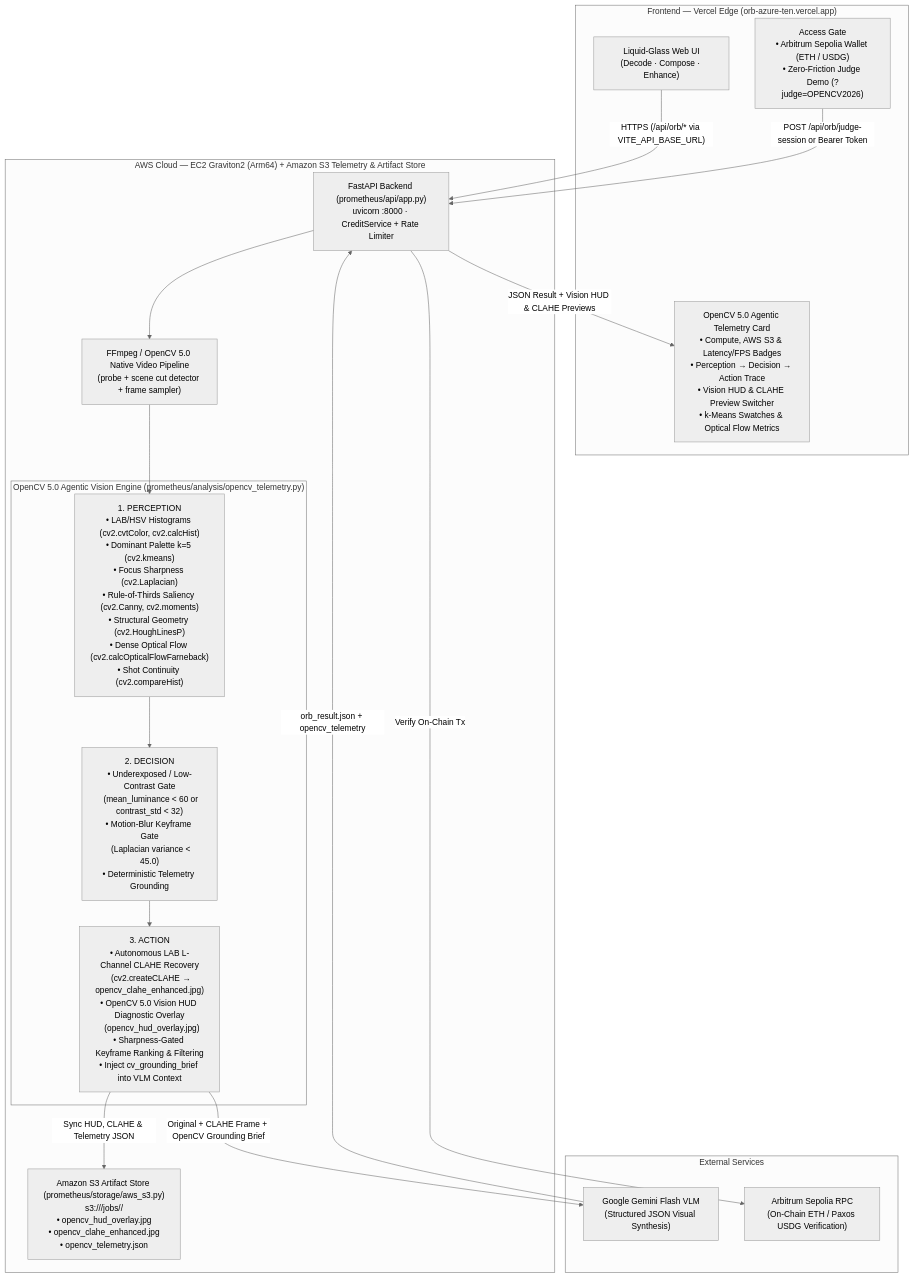
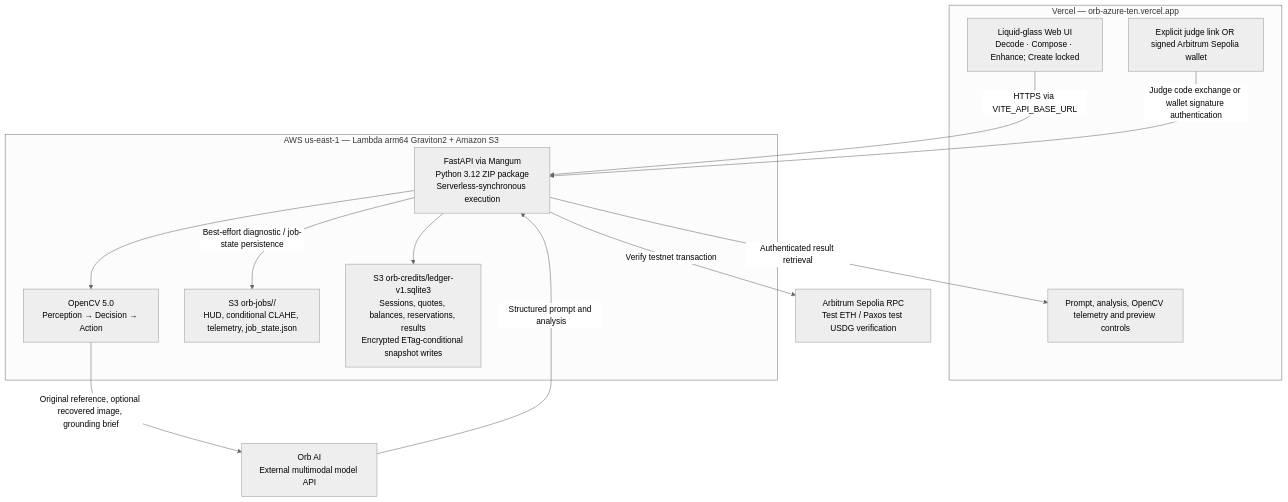
The diagram in SUBMISSION_GUIDE.md (aveidt96/Orb), drawn with Mermaid (neutral theme) before and after one commit. The commit also changed other lines of this file and 37 other files, not shown here.

````diff
--- a/SUBMISSION_GUIDE.md
+++ b/SUBMISSION_GUIDE.md
@@ -11,35 +20,25 @@
 ```mermaid
 flowchart TB
-    subgraph Client["Frontend — Vercel Edge (orb-azure-ten.vercel.app)"]
-        UI["Liquid-Glass Web UI\n(Decode · Compose · Enhance)"]
-        GateUI["Access Gate\n• Arbitrum Sepolia Wallet (ETH / USDG)\n• Zero-Friction Judge Demo (?judge=OPENCV2026)"]
-        TelemetryUI["OpenCV 5.0 Agentic Telemetry Card\n• Compute, AWS S3 & Latency/FPS Badges\n• Perception → Decision → Action Trace\n• Vision HUD & CLAHE Preview Switcher\n• k-Means Swatches & Optical Flow Metrics"]
+    subgraph Client["Vercel — orb-azure-ten.vercel.app"]
+        UI["Liquid-glass Web UI\nDecode · Compose · Enhance; Create locked"]
+        Gate["Explicit judge link OR signed Arbitrum Sepolia wallet"]
+        Results["Prompt, analysis, OpenCV telemetry and preview controls"]
     end
-
-    subgraph AWS["AWS Cloud — EC2 Graviton2 (Arm64) + Amazon S3 Telemetry & Artifact Store"]
-        API["FastAPI Backend (prometheus/api/app.py)\nuvicorn :8000 · CreditService + Rate Limiter"]
-        FFmpeg["FFmpeg / OpenCV 5.0 Native Video Pipeline\n(probe + scene cut detector + frame sampler)"]
-        S3["Amazon S3 Artifact Store (prometheus/storage/aws_s3.py)\ns3://<ORB_AWS_S3_BUCKET>/jobs/<job_id>/\n• opencv_hud_overlay.jpg\n• opencv_clahe_enhanced.jpg\n• opencv_telemetry.json"]
-
-        subgraph AgenticCV["OpenCV 5.0 Agentic Vision Engine (prometheus/analysis/opencv_telemetry.py)"]
-            Perceive["1. PERCEPTION\n• LAB/HSV Histograms (cv2.cvtColor, cv2.calcHist)\n• Dominant Palette k=5 (cv2.kmeans)\n• Focus Sharpness (cv2.Laplacian)\n• Rule-of-Thirds Saliency (cv2.Canny, cv2.moments)\n• Structural Geometry (cv2.HoughLinesP)\n• Dense Optical Flow (cv2.calcOpticalFlowFarneback)\n• Shot Continuity (cv2.compareHist)"]
-            Decide["2. DECISION\n• Underexposed / Low-Contrast Gate\n  (mean_luminance < 60 or contrast_std < 32)\n• Motion-Blur Keyframe Gate\n  (Laplacian variance < 45.0)\n• Deterministic Telemetry Grounding"]
-            Act["3. ACTION\n• Autonomous LAB L-Channel CLAHE Recovery\n  (cv2.createCLAHE → opencv_clahe_enhanced.jpg)\n• OpenCV 5.0 Vision HUD Diagnostic Overlay\n  (opencv_hud_overlay.jpg)\n• Sharpness-Gated Keyframe Ranking & Filtering\n• Inject cv_grounding_brief into VLM Context"]
-            Perceive --> Decide --> Act
-        end
+    subgraph AWS["AWS us-east-1 — Lambda arm64 Graviton2 + Amazon S3"]
+        API["FastAPI via Mangum\nPython 3.12 ZIP package\nServerless-synchronous execution"]
+        CV["OpenCV 5.0\nPerception → Decision → Action"]
+        Artifacts["S3 orb-jobs/<job_id>/\nHUD, conditional CLAHE, telemetry, job_state.json"]
+        Ledger["S3 orb-credits/ledger-v1.sqlite3\nSessions, quotes, balances, reservations, results\nEncrypted ETag-conditional snapshot writes"]
     end
-
-    subgraph External["External Services"]
-        Gemini["Google Gemini Flash VLM\n(Structured JSON Visual Synthesis)"]
-        Arb["Arbitrum Sepolia RPC\n(On-Chain ETH / Paxos USDG Verification)"]
-    end
-
-    UI -->|"HTTPS (/api/orb/* via VITE_API_BASE_URL)"| API
-    GateUI -->|"POST /api/orb/judge-session or Bearer Token"| API
-    API -->|"Verify On-Chain Tx"| Arb
-    API --> FFmpeg --> Perceive
-    Act -->|"Sync HUD, CLAHE & Telemetry JSON"| S3
-    Act -->|"Original + CLAHE Frame + OpenCV Grounding Brief"| Gemini
-    Gemini -->|"orb_result.json + opencv_telemetry"| API
-    API -->|"JSON Result + Vision HUD & CLAHE Previews"| TelemetryUI
+    Synthesis["Orb AI\nExternal multimodal model API"]
+    Arb["Arbitrum Sepolia RPC\nTest ETH / Paxos test USDG verification"]
+    UI -->|"HTTPS via VITE_API_BASE_URL"| API
+    Gate -->|"Judge code exchange or wallet signature authentication"| API
+    API --> Ledger
+    API -->|"Verify testnet transaction"| Arb
+    API --> CV
+    CV -->|"Original reference, optional recovered image, grounding brief"| Synthesis
+    Synthesis -->|"Structured prompt and analysis"| API
+    API -->|"Best-effort diagnostic / job-state persistence"| Artifacts
+    API -->|"Authenticated result retrieval"| Results
 ```
````
